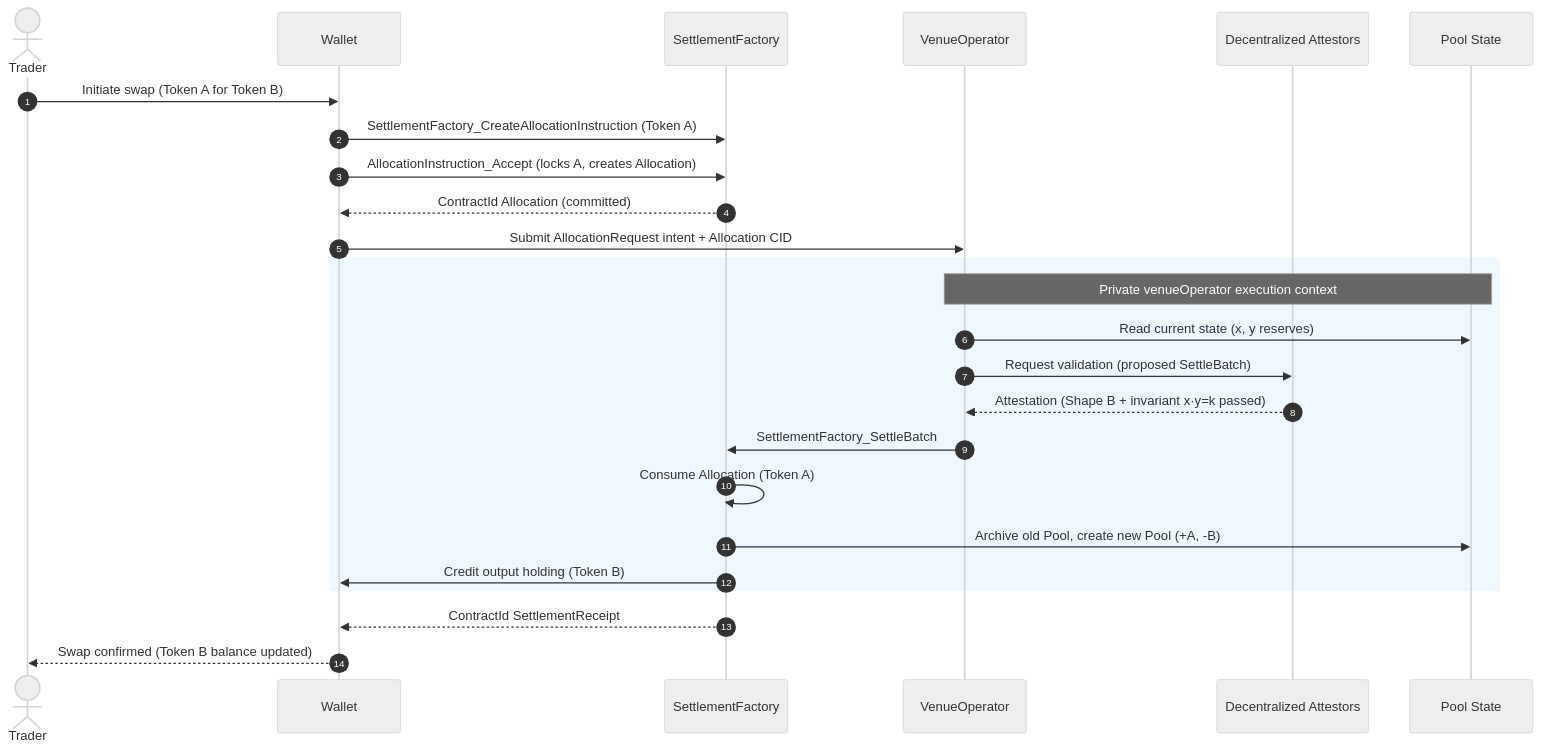
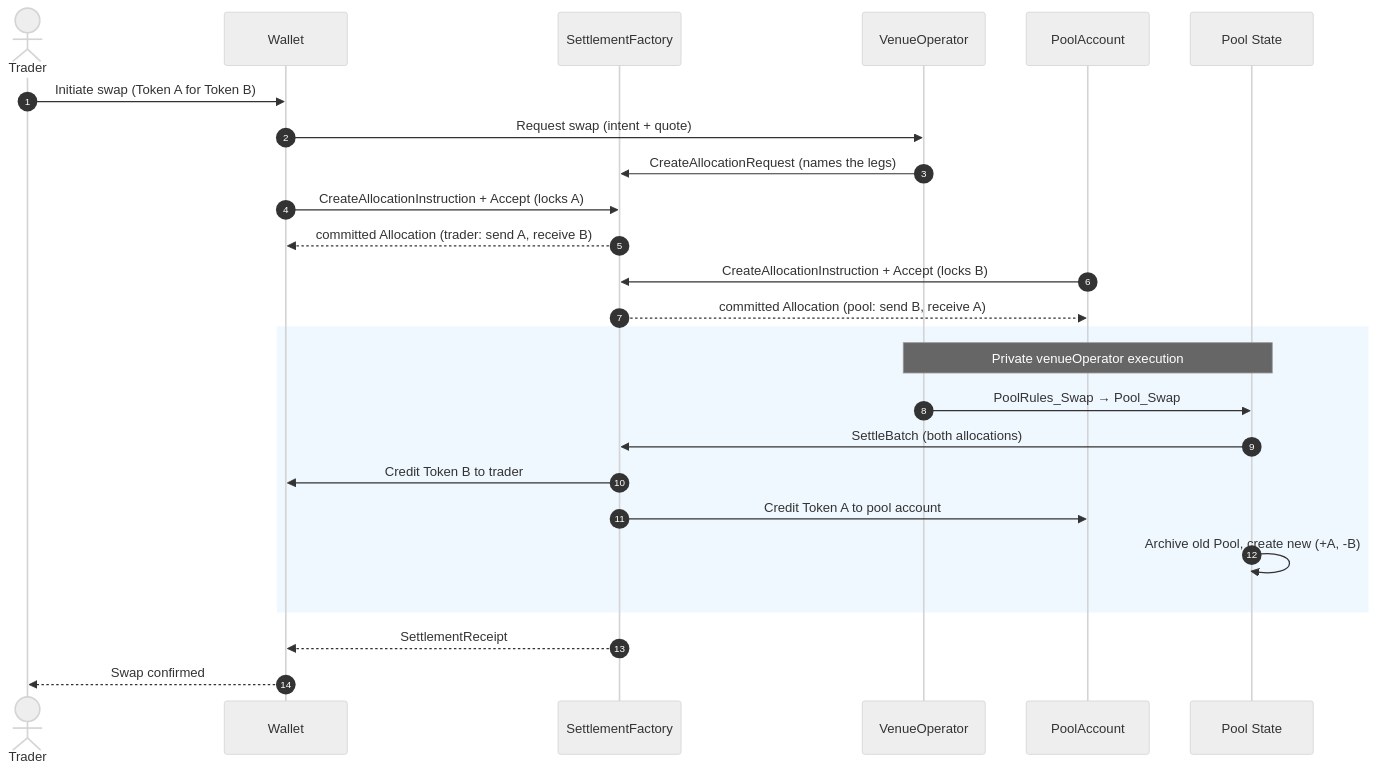
The second of 2 diagrams in docs/ri-reports/01-dex.md (OpenZeppelin/canton-specs), drawn with Mermaid (neutral theme) before and after one commit. The commit also changed other lines of this file, not shown here.

Commit message:
Major update: Clarified roles. Simplified settlement spine flow description and added sections for minting and burning. Further removed redundancies.

````diff
--- a/docs/ri-reports/01-dex.md
+++ b/docs/ri-reports/01-dex.md
@@ -679,30 +563,30 @@
 ```mermaid
 sequenceDiagram
     autonumber
     actor Trader
     participant Wallet
     participant SettleFactory as SettlementFactory
     participant VenueOperator
-    participant Attestors as Decentralized Attestors
+    participant PoolAccount
     participant PoolContract as Pool State
 
     Trader->>Wallet: Initiate swap (Token A for Token B)
-    Wallet->>SettleFactory: SettlementFactory_CreateAllocationInstruction (Token A)
-    Wallet->>SettleFactory: AllocationInstruction_Accept (locks A, creates Allocation)
-    SettleFactory-->>Wallet: ContractId Allocation (committed)
-    Wallet->>VenueOperator: Submit AllocationRequest intent + Allocation CID
+    Wallet->>VenueOperator: Request swap (intent + quote)
+    VenueOperator->>SettleFactory: CreateAllocationRequest (names the legs)
+    Wallet->>SettleFactory: CreateAllocationInstruction + Accept (locks A)
+    SettleFactory-->>Wallet: committed Allocation (trader: send A, receive B)
+    PoolAccount->>SettleFactory: CreateAllocationInstruction + Accept (locks B)
+    SettleFactory-->>PoolAccount: committed Allocation (pool: send B, receive A)
 
     rect rgb(240, 248, 255)
-    Note over VenueOperator, PoolContract: Private venueOperator execution context
-    VenueOperator->>PoolContract: Read current state (x, y reserves)
-    VenueOperator->>Attestors: Request validation (proposed SettleBatch)
-    Attestors-->>VenueOperator: Attestation (Shape B + invariant x·y=k passed)
-    VenueOperator->>SettleFactory: SettlementFactory_SettleBatch
-    SettleFactory->>SettleFactory: Consume Allocation (Token A)
-    SettleFactory->>PoolContract: Archive old Pool, create new Pool (+A, -B)
-    SettleFactory->>Wallet: Credit output holding (Token B)
+    Note over VenueOperator, PoolContract: Private venueOperator execution
+    VenueOperator->>PoolContract: PoolRules_Swap → Pool_Swap
+    PoolContract->>SettleFactory: SettleBatch (both allocations)
+    SettleFactory->>Wallet: Credit Token B to trader
+    SettleFactory->>PoolAccount: Credit Token A to pool account
+    PoolContract->>PoolContract: Archive old Pool, create new (+A, -B)
     end
 
-    SettleFactory-->>Wallet: ContractId SettlementReceipt
-    Wallet-->>Trader: Swap confirmed (Token B balance updated)
+    SettleFactory-->>Wallet: SettlementReceipt
+    Wallet-->>Trader: Swap confirmed
 ```
````
